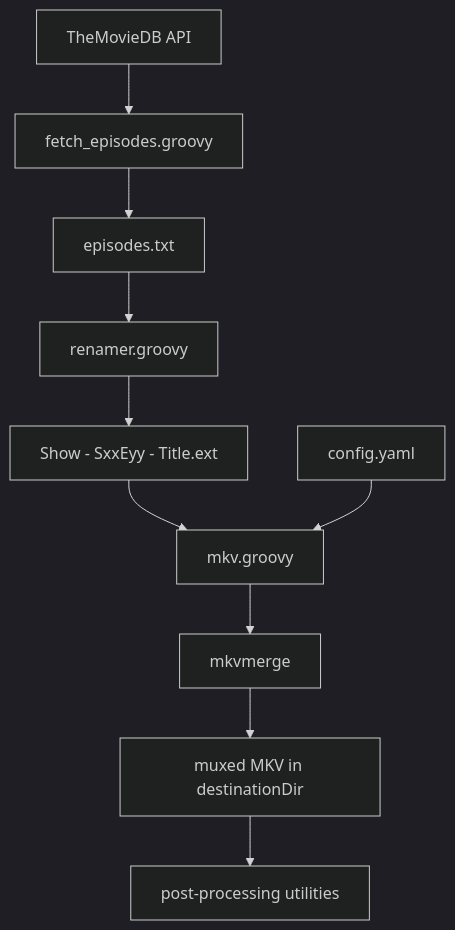
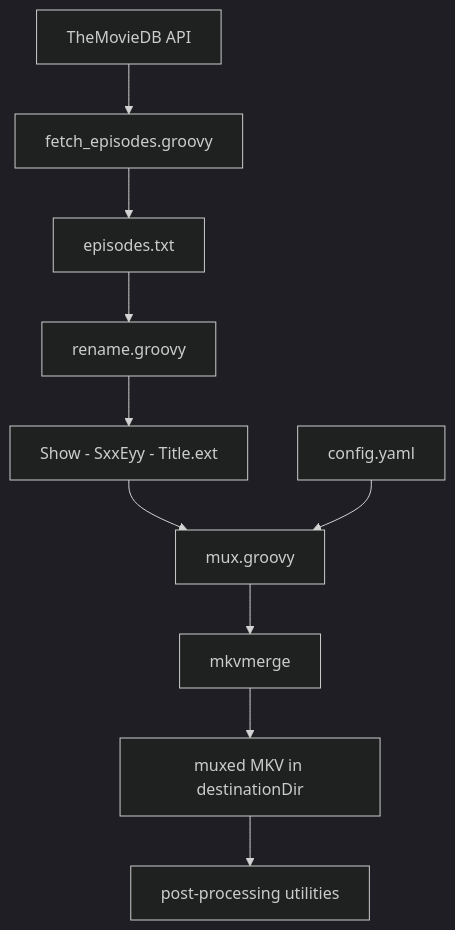
Before and after one commit to vdenisov/mkv-scripts: the diagram in README.md, drawn with Mermaid (dark theme). The commit also changed other lines of this file and 24 other files, not shown here.

````diff
--- a/README.md
+++ b/README.md
@@ -35,11 +35,11 @@
 ```mermaid
 flowchart TD
     TMDB[TheMovieDB API] --> FETCH["fetch_episodes.groovy"]
     FETCH --> EP["episodes.txt"]
-    EP --> REN["renamer.groovy"]
+    EP --> REN["rename.groovy"]
     REN --> FILES["Show - SxxEyy - Title.ext"]
-    FILES --> MKV["mkv.groovy"]
+    FILES --> MKV["mux.groovy"]
     CFG["config.yaml"] --> MKV
     MKV --> MERGE[mkvmerge] --> OUT["muxed MKV in destinationDir"]
     OUT --> POST["post-processing utilities"]
 ```
````
